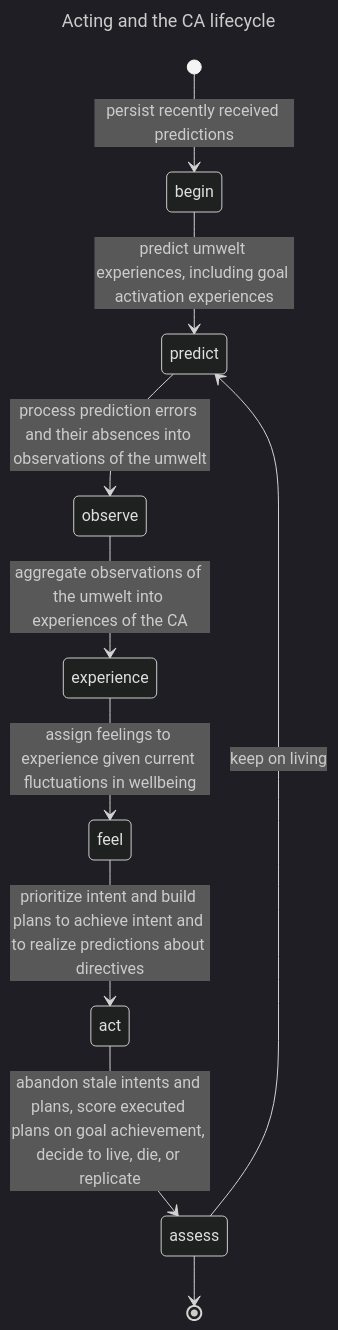
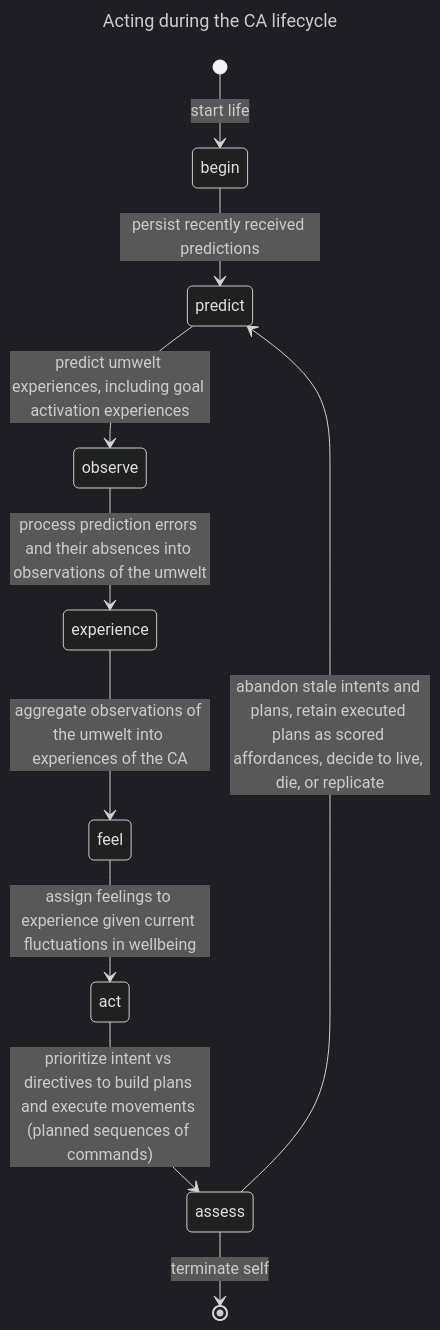
One commit to jfcloutier/karma_system changed the first of 2 diagrams in design_notes/acting.md. Above: the diagram before and after it, drawn with Mermaid (dark theme). The commit also changed other lines of this file, not shown here.

Commit message:
More cleanup of acting design note

````diff
--- a/design_notes/acting.md
+++ b/design_notes/acting.md
@@ -57,15 +59,15 @@
 ```mermaid
 ---
-title: Acting and the CA lifecycle
+title: Acting during the CA lifecycle
 ---
 stateDiagram-v2
-  [*] --> begin : persist recently received predictions
-  begin --> predict : predict umwelt experiences, including goal activation experiences
-  predict --> observe : process prediction errors and their absences into observations of the umwelt
-  observe --> experience : aggregate observations of the umwelt into experiences of the CA
-  experience --> feel : assign feelings to experience given current fluctuations in wellbeing
-  feel --> act : prioritize intent and build plans to achieve intent and to realize predictions about directives
-  act --> assess : abandon stale intents and plans, score executed plans on goal achievement, decide to live, die, or replicate
-  assess --> predict : keep on living
-  assess --> [*]
+  [*] --> begin : start life
+  begin --> predict : persist recently received predictions
+  predict --> observe : predict umwelt experiences, including goal activation experiences
+  observe --> experience : process prediction errors and their absences into observations of the umwelt
+  experience --> feel : aggregate observations of the umwelt into experiences of the CA
+  feel --> act : assign feelings to experience given current fluctuations in wellbeing
+  act --> assess : prioritize intent vs directives to build plans and execute movements (planned sequences of commands)
+  assess --> predict : abandon stale intents and plans, retain executed plans as scored affordances, decide to live, die, or replicate
+  assess --> [*] : terminate self
 ```
````
